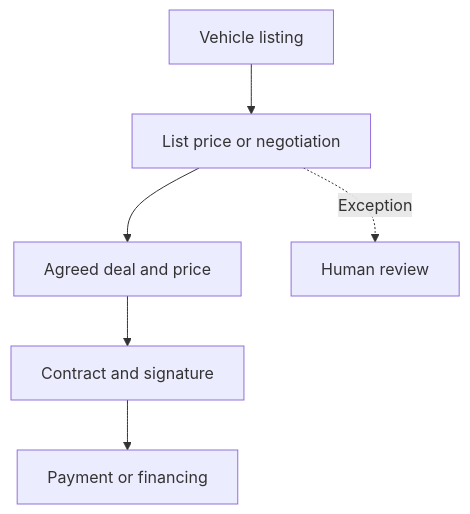
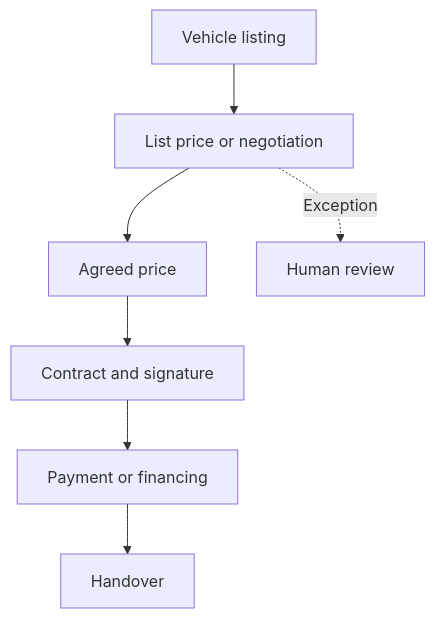
Before and after one commit to mikko-lab/kopilotti-sales-demo: the diagram in docs/kopilotti-sales-flow.en.mmd, drawn with Mermaid. The commit also changed 23 other files, not shown here.

First line of the commit message:
docs: use "agreed price" and show handover in the Sales journey

```diff
--- a/docs/kopilotti-sales-flow.en.mmd
+++ b/docs/kopilotti-sales-flow.en.mmd
@@ -1,8 +1,9 @@
 flowchart TD
     N0["Vehicle listing"] --> N1
     N1["List price or negotiation"] --> N2
-    N2["Agreed deal and price"] --> N3
+    N2["Agreed price"] --> N3
     N3["Contract and signature"] --> N4
-    N4["Payment or financing"]
+    N4["Payment or financing"] --> N5
+    N5["Handover"]
     N1 -. Exception .-> H["Human review"]
     %% Full intended journey: connections must be verified. The public demo is non-binding.
```
